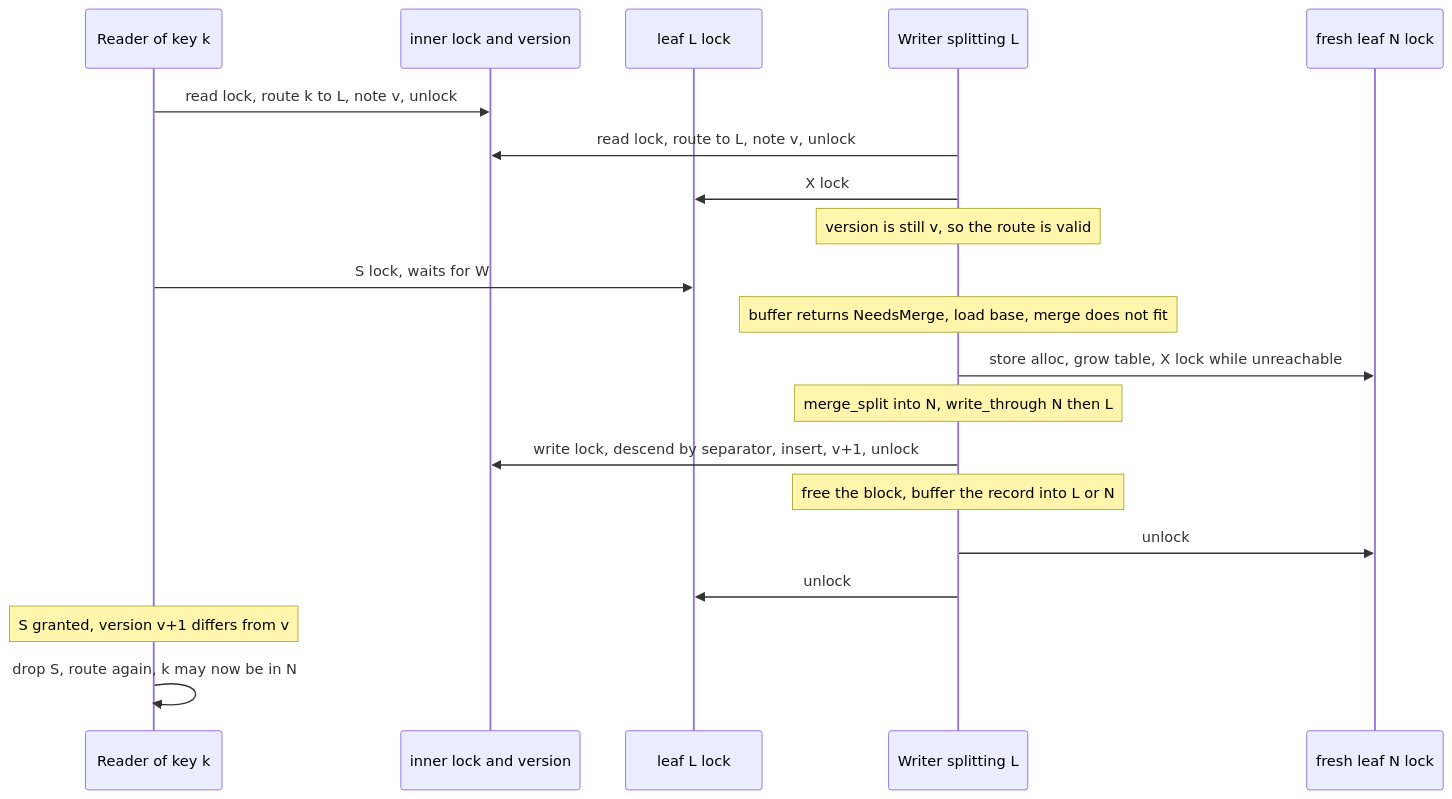
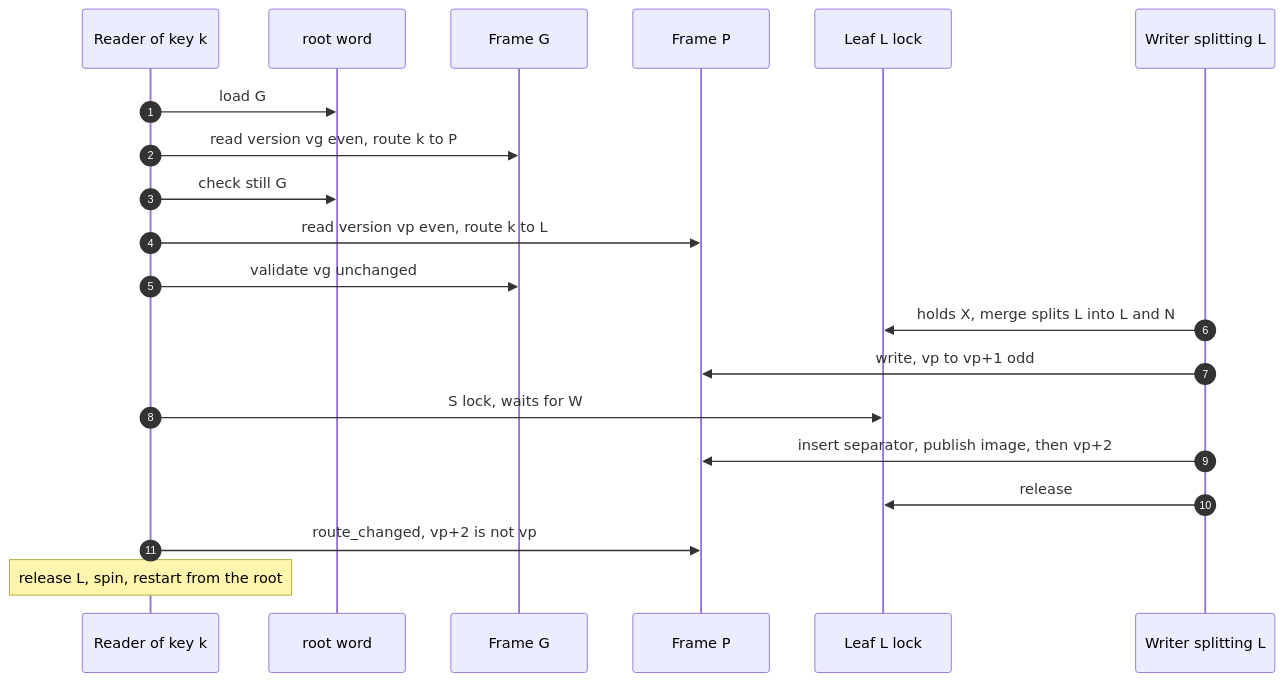
One commit to raydatray/peppydb changed the third of 4 diagrams in docs/design/bf-tree-concurrency.md. Above: the diagram before and after it, drawn with Mermaid. The commit also changed other lines of this file and 7 other files, not shown here.

First line of the commit message:
[9/9][bf-concurrency][docs] record the frame protocol and its measurements

````diff
--- a/docs/design/bf-tree-concurrency.md
+++ b/docs/design/bf-tree-concurrency.md
@@ -156,22 +335,22 @@
 ```mermaid
 sequenceDiagram
+    autonumber
     participant R as Reader of key k
-    participant I as inner lock and version
-    participant L as leaf L lock
+    participant Root as root word
+    participant G as Frame G
+    participant P as Frame P
+    participant L as Leaf L lock
     participant W as Writer splitting L
-    participant N as fresh leaf N lock
-    R->>I: read lock, route k to L, note v, unlock
-    W->>I: read lock, route to L, note v, unlock
-    W->>L: X lock
-    Note over W: version is still v, so the route is valid
+    R->>Root: load G
+    R->>G: read version vg even, route k to P
+    R->>Root: check still G
+    R->>P: read version vp even, route k to L
+    R->>G: validate vg unchanged
+    W->>L: holds X, merge splits L into L and N
+    W->>P: write, vp to vp+1 odd
     R->>L: S lock, waits for W
-    Note over W: buffer returns NeedsMerge, load base, merge does not fit
-    W->>N: store alloc, grow table, X lock while unreachable
-    Note over W: merge_split into N, write_through N then L
-    W->>I: write lock, descend by separator, insert, v+1, unlock
-    Note over W: free the block, buffer the record into L or N
-    W->>N: unlock
-    W->>L: unlock
-    Note over R: S granted, version v+1 differs from v
-    R->>R: drop S, route again, k may now be in N
+    W->>P: insert separator, publish image, then vp+2
+    W->>L: release
+    R->>P: route_changed, vp+2 is not vp
+    Note over R: release L, spin, restart from the root
 ```
````
